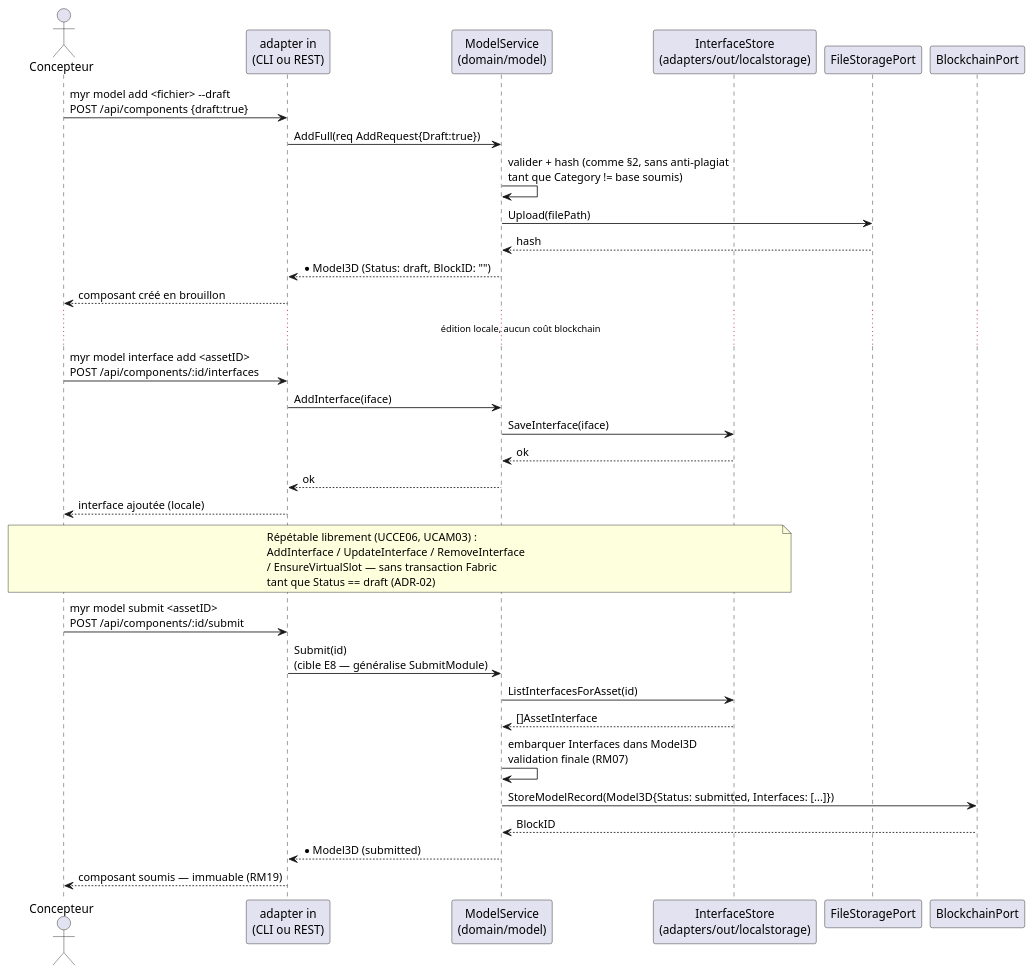
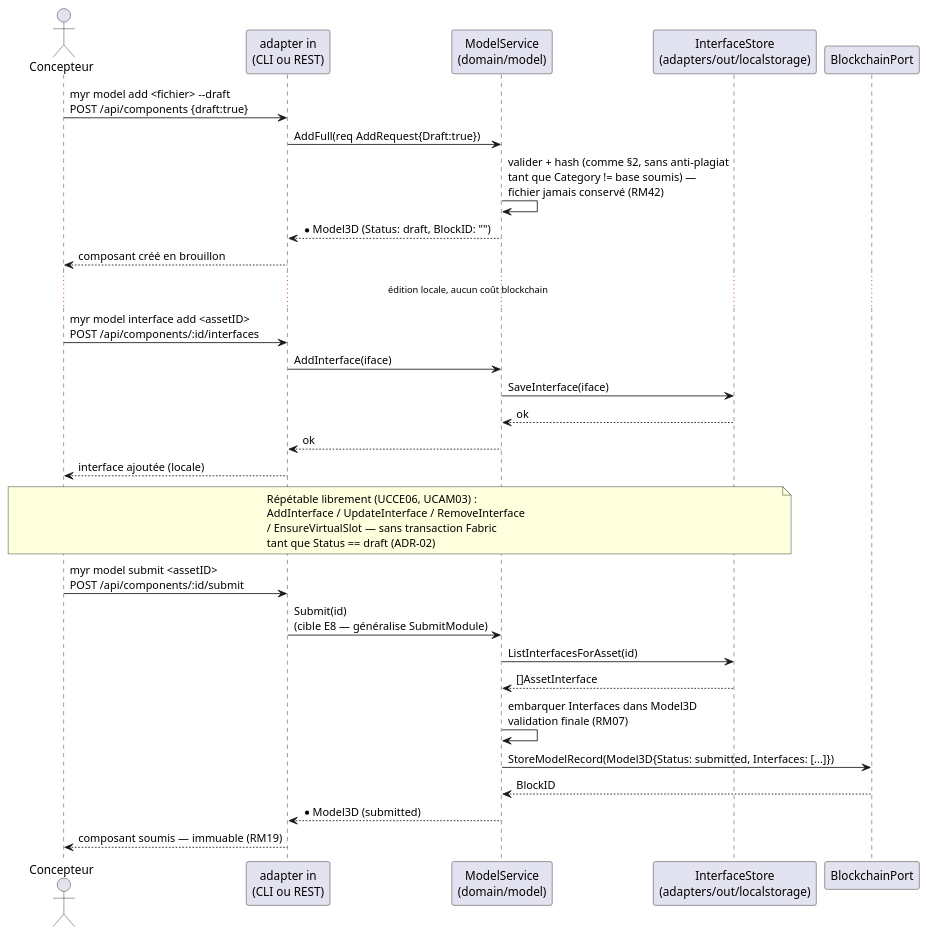
One commit to myr-forge/myr-core changed the second of 2 diagrams in specs/3-Conception/Sequence_soumission_asset.md. Above: the diagram before and after it, drawn with PlantUML. The commit also changed other lines of this file and 18 other files, not shown here.

````diff
--- a/specs/3-Conception/Sequence_soumission_asset.md
+++ b/specs/3-Conception/Sequence_soumission_asset.md
@@ -67,44 +65,41 @@
 ```plantuml
 @startuml
 actor C as "Concepteur"
 participant "adapter in\n(CLI ou REST)" as In
 participant "ModelService\n(domain/model)" as Svc
 participant "InterfaceStore\n(adapters/out/localstorage)" as IS
-participant "FileStoragePort" as FS
 participant "BlockchainPort" as BC
 
 C -> In : myr model add <fichier> --draft\nPOST /api/components {draft:true}
 In -> Svc : AddFull(req AddRequest{Draft:true})
-Svc -> Svc : valider + hash (comme §2, sans anti-plagiat\ntant que Category != base soumis)
-Svc -> FS : Upload(filePath)
-FS --> Svc : hash
+Svc -> Svc : valider + hash (comme §2, sans anti-plagiat\ntant que Category != base soumis) —\nfichier jamais conservé (RM42)
 Svc --> In : *Model3D (Status: draft, BlockID: "")
 In --> C : composant créé en brouillon
 
 ... édition locale, aucun coût blockchain ...
 
 C -> In : myr model interface add <assetID>\nPOST /api/components/:id/interfaces
 In -> Svc : AddInterface(iface)
 Svc -> IS : SaveInterface(iface)
 IS --> Svc : ok
 Svc --> In : ok
 In --> C : interface ajoutée (locale)
 
 note over C, IS
   Répétable librement (UCCE06, UCAM03) :
   AddInterface / UpdateInterface / RemoveInterface
   / EnsureVirtualSlot — sans transaction Fabric
   tant que Status == draft (ADR-02)
 end note
 
 C -> In : myr model submit <assetID>\nPOST /api/components/:id/submit
 In -> Svc : Submit(id)\n(cible E8 — généralise SubmitModule)
 Svc -> IS : ListInterfacesForAsset(id)
 IS --> Svc : []AssetInterface
 Svc -> Svc : embarquer Interfaces dans Model3D\nvalidation finale (RM07)
 Svc -> BC : StoreModelRecord(Model3D{Status: submitted, Interfaces: [...]})
 BC --> Svc : BlockID
 Svc --> In : *Model3D (submitted)
 In --> C : composant soumis — immuable (RM19)
 @enduml
 ```
````
